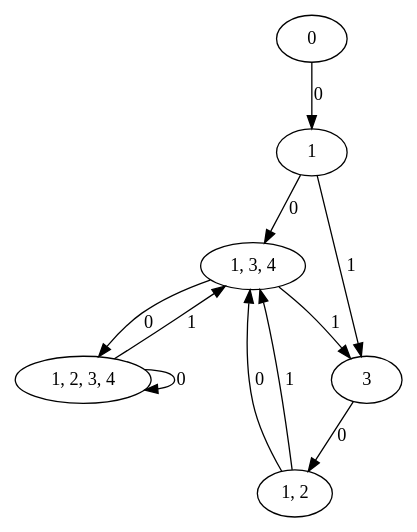
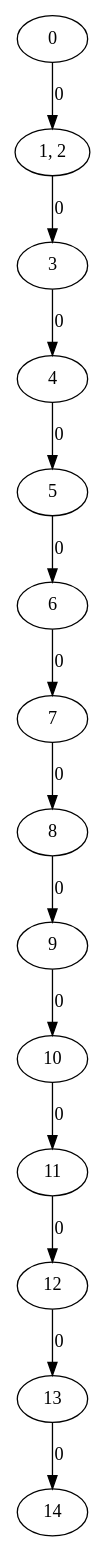
One commit to matjukov-nikolaj/TAaFL changed the diagram in MinimizationAutomate/target/MinimizationAutomate-1.0-SNAPSHOT/WEB-INF/classes/graph.dot. Above: the diagram before and after it, drawn with Graphviz. The commit also changed 56 other files, not shown here.

```diff
--- a/MinimizationAutomate/target/MinimizationAutomate-1.0-SNAPSHOT/WEB-INF/classes/graph.dot
+++ b/MinimizationAutomate/target/MinimizationAutomate-1.0-SNAPSHOT/WEB-INF/classes/graph.dot
@@ -1,1 +1,1 @@
-digraph G{"1"->"1, 3, 4"[label="0"];"1"->"3"[label="1"];"1, 3, 4"->"1, 2, 3, 4"[label="0"];"1, 3, 4"->"3"[label="1"];"3"->"1, 2"[label="0"];"1, 2"->"1, 3, 4"[label="0"];"1, 2"->"1, 3, 4"[label="1"];"1, 2, 3, 4"->"1, 2, 3, 4"[label="0"];"1, 2, 3, 4"->"1, 3, 4"[label="1"];"0"->"1"[label="0"];}
+digraph G{"1, 2"->"3"[label="0"];"3"->"4"[label="0"];"4"->"5"[label="0"];"5"->"6"[label="0"];"6"->"7"[label="0"];"7"->"8"[label="0"];"8"->"9"[label="0"];"9"->"10"[label="0"];"10"->"11"[label="0"];"11"->"12"[label="0"];"12"->"13"[label="0"];"13"->"14"[label="0"];"0"->"1, 2"[label="0"];}
```
